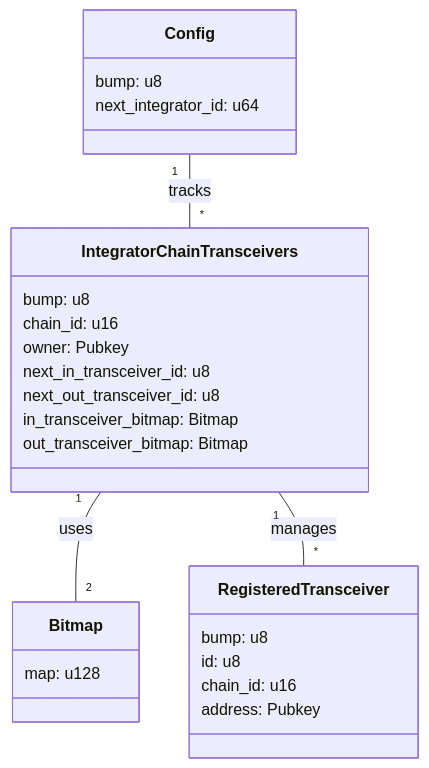
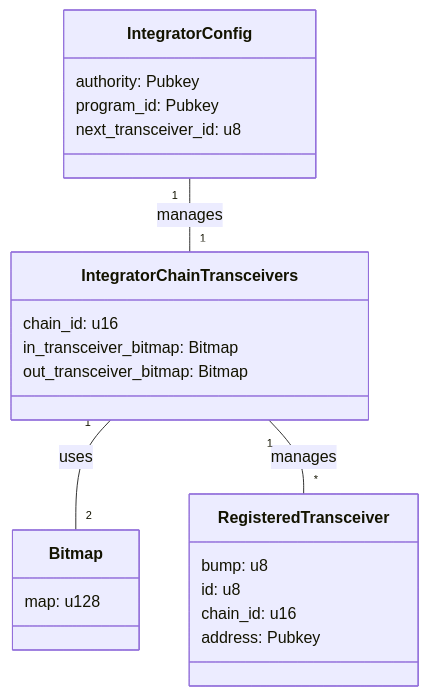
One commit to wormholelabs-xyz/example-messaging-endpoint changed the diagram in svm/programs/router/README.md. Above: the diagram before and after it, drawn with Mermaid. The commit also changed other lines of this file, not shown here.

````diff
--- a/svm/programs/router/README.md
+++ b/svm/programs/router/README.md
@@ -5,32 +5,29 @@
 ```mermaid
 classDiagram
-    class Config {
-        bump: u8
-        next_integrator_id: u64
+    class IntegratorConfig {
+        authority: Pubkey
+        program_id: Pubkey
+        next_transceiver_id: u8
     }
 
     class IntegratorChainTransceivers {
-        bump: u8
         chain_id: u16
-        owner: Pubkey
-        next_in_transceiver_id: u8
-        next_out_transceiver_id: u8
         in_transceiver_bitmap: Bitmap
         out_transceiver_bitmap: Bitmap
     }
 
     class RegisteredTransceiver {
         bump: u8
         id: u8
         chain_id: u16
         address: Pubkey
     }
 
     class Bitmap {
         map: u128
     }
 
-    Config "1" -- "*" IntegratorChainTransceivers : tracks
+    IntegratorConfig "1" -- "1" IntegratorChainTransceivers : manages
     IntegratorChainTransceivers "1" -- "2" Bitmap : uses
     IntegratorChainTransceivers "1" -- "*" RegisteredTransceiver : manages
 ```
````
